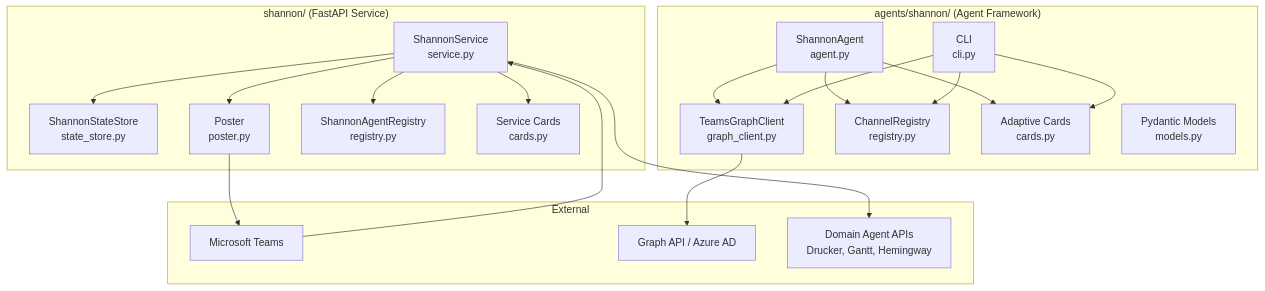
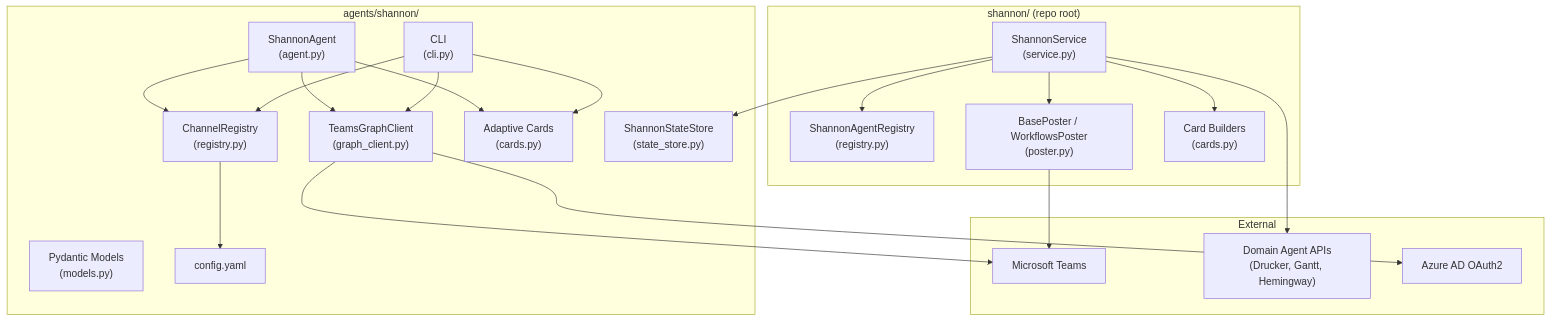
One commit to jmac-cornelis/agent-workforce changed the first of 4 diagrams in docs/agents-shannon.md. Above: the diagram before and after it, drawn with Mermaid. The commit also changed other lines of this file and 7 other files, not shown here.

````diff
--- a/docs/agents-shannon.md
+++ b/docs/agents-shannon.md
@@ -25,40 +25,42 @@
 ```mermaid
 graph TB
-    subgraph "agents/shannon/ (Agent Framework)"
-        SA[ShannonAgent<br/>agent.py]
-        GC[TeamsGraphClient<br/>graph_client.py]
-        CR[ChannelRegistry<br/>registry.py]
-        AC[Adaptive Cards<br/>cards.py]
-        PM[Pydantic Models<br/>models.py]
-        CLI[CLI<br/>cli.py]
+    subgraph "agents/shannon/"
+        AGENT["ShannonAgent<br/>(agent.py)"]
+        GRAPH["TeamsGraphClient<br/>(graph_client.py)"]
+        REG["ChannelRegistry<br/>(registry.py)"]
+        CARDS["Adaptive Cards<br/>(cards.py)"]
+        MODELS["Pydantic Models<br/>(models.py)"]
+        CLI["CLI<br/>(cli.py)"]
+        STATE["ShannonStateStore<br/>(state_store.py)"]
+        CONFIG["config.yaml"]
     end
 
-    subgraph "shannon/ (FastAPI Service)"
-        SVC[ShannonService<br/>service.py]
-        SS[ShannonStateStore<br/>state_store.py]
-        PST[Poster<br/>poster.py]
-        SR[ShannonAgentRegistry<br/>registry.py]
-        SC[Service Cards<br/>cards.py]
+    subgraph "shannon/ (repo root)"
+        SVC["ShannonService<br/>(service.py)"]
+        SREG["ShannonAgentRegistry<br/>(registry.py)"]
+        POSTER["BasePoster / WorkflowsPoster<br/>(poster.py)"]
+        SCARDS["Card Builders<br/>(cards.py)"]
     end
 
     subgraph "External"
-        TEAMS[Microsoft Teams]
-        GRAPH[Graph API / Azure AD]
-        AGENTS[Domain Agent APIs<br/>Drucker, Gantt, Hemingway]
+        TEAMS["Microsoft Teams"]
+        AGENTS["Domain Agent APIs<br/>(Drucker, Gantt, Hemingway)"]
+        AZURE["Azure AD OAuth2"]
     end
 
-    SA --> GC
-    SA --> CR
-    SA --> AC
-    CLI --> GC
-    CLI --> CR
-    CLI --> AC
-    SVC --> SR
-    SVC --> SS
-    SVC --> PST
-    SVC --> SC
-    GC --> GRAPH
-    PST --> TEAMS
+    AGENT --> GRAPH
+    AGENT --> REG
+    AGENT --> CARDS
+    REG --> CONFIG
+    CLI --> GRAPH
+    CLI --> REG
+    CLI --> CARDS
+    SVC --> SREG
+    SVC --> POSTER
+    SVC --> SCARDS
+    SVC --> STATE
+    GRAPH --> AZURE
+    GRAPH --> TEAMS
+    POSTER --> TEAMS
     SVC --> AGENTS
-    TEAMS --> SVC
 ```
````
